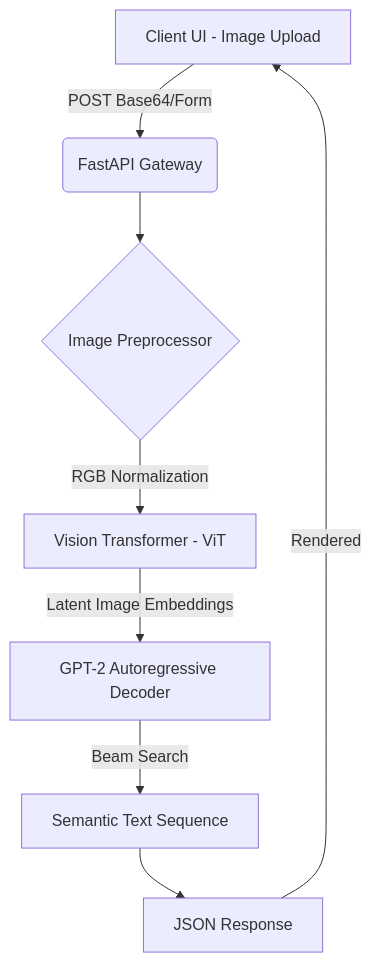
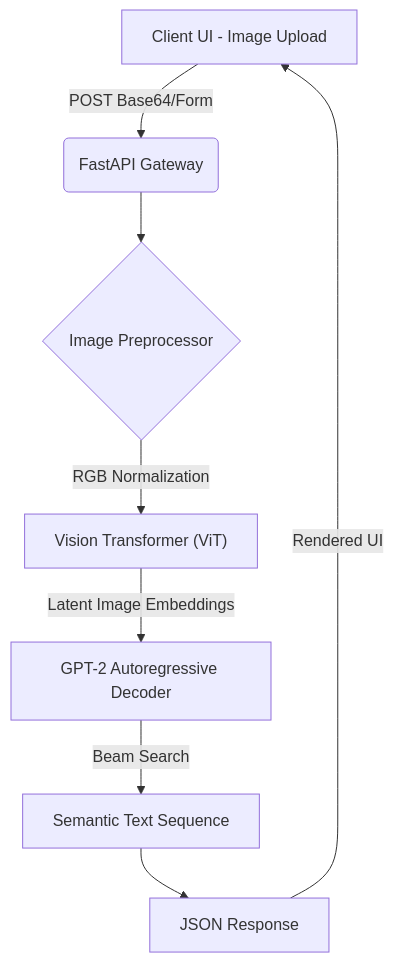
One commit to lakshanmuruganandam/Nexu-Vision-Language changed the diagram in README.md. Above: the diagram before and after it, drawn with Mermaid. The commit also changed other lines of this file, not shown here.

Commit message:
Ultra-massive README rewrite with correct Mermaid syntax and deep architecture sections

````diff
--- a/README.md
+++ b/README.md
@@ -36,10 +40,10 @@
 ```mermaid
 graph TD
-    A[Client UI - Image Upload] -->|POST Base64/Form| B(FastAPI Gateway)
-    B --> C{Image Preprocessor}
-    C -->|RGB Normalization| D[Vision Transformer - ViT]
-    D -->|Latent Image Embeddings| E[GPT-2 Autoregressive Decoder]
-    E -->|Beam Search| F[Semantic Text Sequence]
-    F --> G[JSON Response]
-    G -->|Rendered| A
+    A["Client UI - Image Upload"] -->|"POST Base64/Form"| B("FastAPI Gateway")
+    B --> C{"Image Preprocessor"}
+    C -->|"RGB Normalization"| D["Vision Transformer (ViT)"]
+    D -->|"Latent Image Embeddings"| E["GPT-2 Autoregressive Decoder"]
+    E -->|"Beam Search"| F["Semantic Text Sequence"]
+    F --> G["JSON Response"]
+    G -->|"Rendered UI"| A
 ```
````
